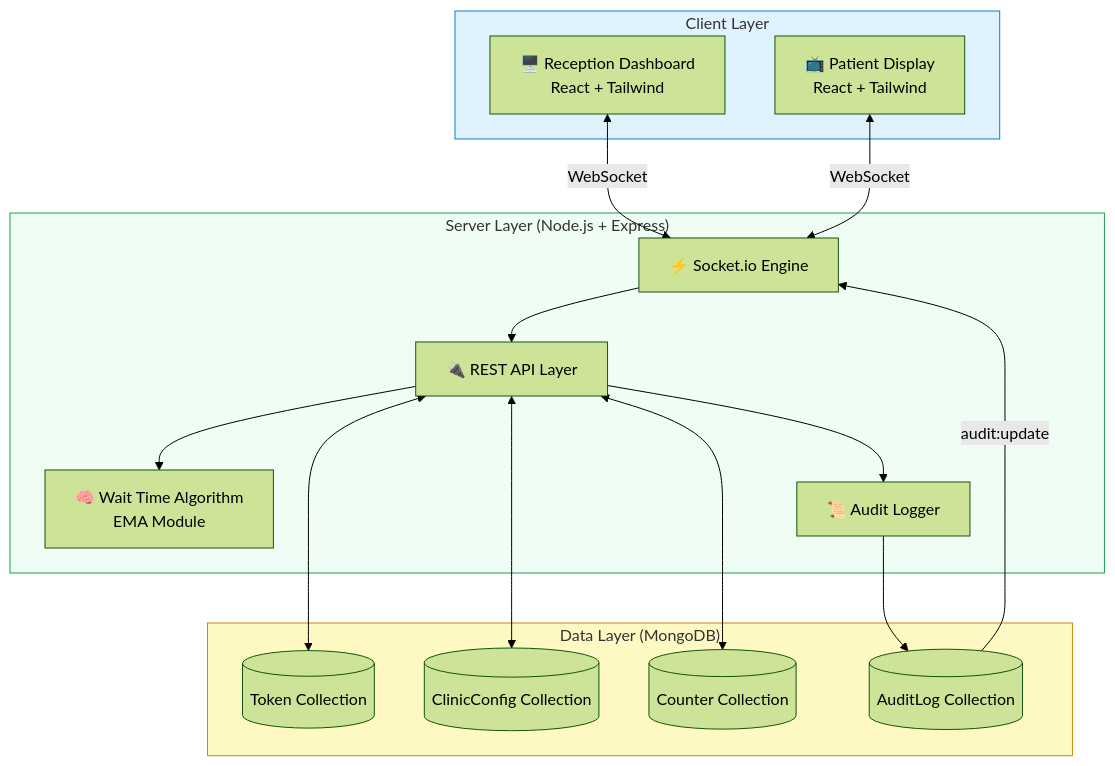
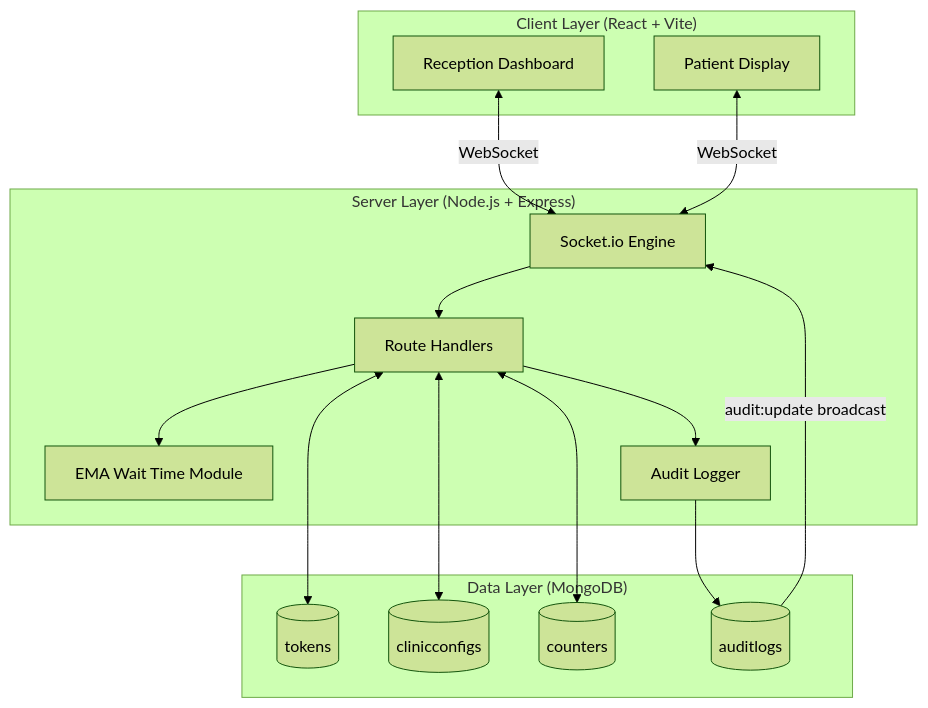
Before and after one commit to srivallikatyayani/QueueDoc: the first of 2 diagrams in README.md, drawn with Mermaid (forest theme). The commit also changed other lines of this file, not shown here.

````diff
--- a/README.md
+++ b/README.md
@@ -232,36 +183,32 @@
 ```mermaid
 graph TB
-    subgraph Client["Client Layer"]
-        R[🖥️ Reception Dashboard<br/>React + Tailwind]
-        D[📺 Patient Display<br/>React + Tailwind]
+    subgraph Client["Client Layer (React + Vite)"]
+        RD[Reception Dashboard]
+        PD[Patient Display]
     end
 
     subgraph Server["Server Layer (Node.js + Express)"]
-        SIO[⚡ Socket.io Engine]
-        API[🔌 REST API Layer]
-        WTA[🧠 Wait Time Algorithm<br/>EMA Module]
-        AUD[📜 Audit Logger]
+        SIO[Socket.io Engine]
+        API[Route Handlers]
+        WTA[EMA Wait Time Module]
+        AUD[Audit Logger]
     end
 
-    subgraph DB["Data Layer (MongoDB)"]
-        TK[(Token Collection)]
-        CC[(ClinicConfig Collection)]
-        CNT[(Counter Collection)]
-        AL[(AuditLog Collection)]
+    subgraph Database["Data Layer (MongoDB)"]
+        TK[(tokens)]
+        CC[(clinicconfigs)]
+        CNT[(counters)]
+        AL[(auditlogs)]
     end
 
-    R <-->|WebSocket| SIO
-    D <-->|WebSocket| SIO
+    RD <-->|WebSocket| SIO
+    PD <-->|WebSocket| SIO
     SIO --> API
     API --> WTA
     API --> AUD
     API <--> TK
     API <--> CC
     API <--> CNT
     AUD --> AL
-    AL -->|audit:update| SIO
-
-    style Client fill:#e0f2fe,stroke:#0284c7
-    style Server fill:#f0fdf4,stroke:#16a34a
-    style DB fill:#fef9c3,stroke:#ca8a04
+    AL -->|audit:update broadcast| SIO
 ```
````
